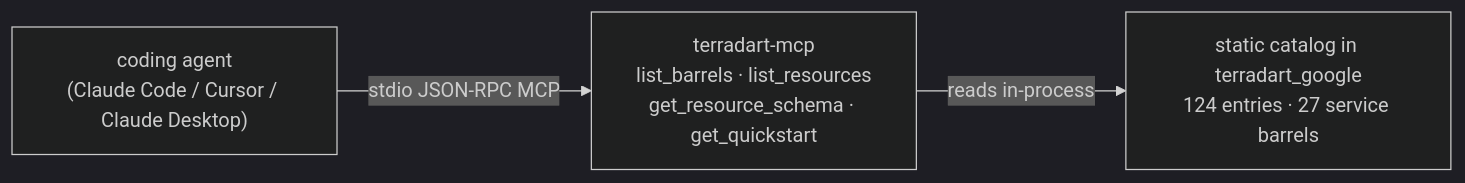
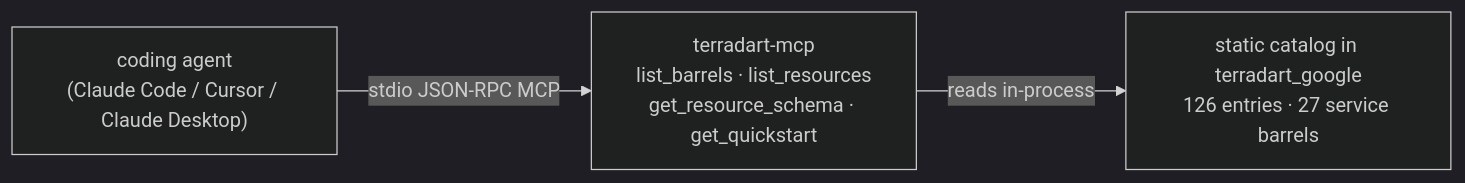
One commit to nozomi-koborinai/terradart changed the diagram in website/src/content/docs/docs/agent/index.md. Above: the diagram before and after it, drawn with Mermaid (dark theme). The commit also changed other lines of this file and 143 other files, not shown here.

````diff
--- a/website/src/content/docs/docs/agent/index.md
+++ b/website/src/content/docs/docs/agent/index.md
@@ -12,8 +12,8 @@
 ```mermaid
 graph LR
   agent["coding agent<br/>(Claude Code / Cursor / Claude Desktop)"]
   mcp["terradart-mcp<br/>list_barrels · list_resources<br/>get_resource_schema · get_quickstart"]
-  catalog["static catalog in terradart_google<br/>124 entries · 27 service barrels"]
+  catalog["static catalog in terradart_google<br/>126 entries · 27 service barrels"]
   agent -->|stdio JSON-RPC MCP| mcp
   mcp -->|reads in-process| catalog
 ```
````
